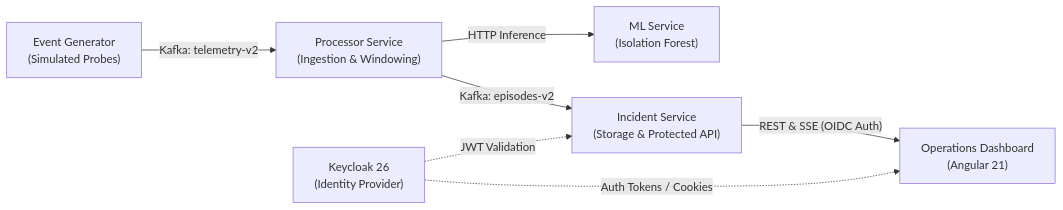
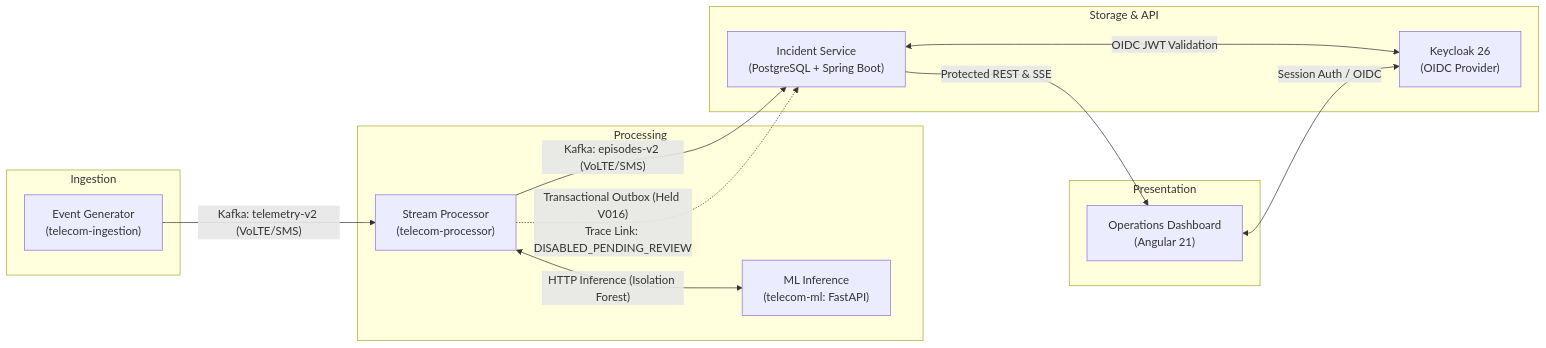
One commit to denis2224-dev/Telecom-Anomaly-Detection changed the diagram in docs/architecture/README.md. Above: the diagram before and after it, drawn with Mermaid. The commit also changed other lines of this file and 11 other files, not shown here.

First line of the commit message:
fix: restore teammate planning files, remove redundant documentation, and correct architecture claims

````diff
--- a/docs/architecture/README.md
+++ b/docs/architecture/README.md
@@ -11,9 +11,25 @@
 ```mermaid
 flowchart LR
-    A["Event Generator\n(Simulated Probes)"] -->|"Kafka: telemetry-v2"| B["Processor Service\n(Ingestion & Windowing)"]
-    B -->|"HTTP Inference"| C["ML Service\n(Isolation Forest)"]
-    B -->|"Kafka: episodes-v2"| D["Incident Service\n(Storage & Protected API)"]
-    D -->|"REST & SSE (OIDC Auth)"| E["Operations Dashboard\n(Angular 21)"]
-    F["Keycloak 26\n(Identity Provider)"] -.->|"Auth Tokens / Cookies"| E
-    F -.->|"JWT Validation"| D
+    subgraph Ingestion
+        A["Event Generator\n(telecom-ingestion)"]
+    end
+    subgraph Processing
+        B["Stream Processor\n(telecom-processor)"]
+        C["ML Inference\n(telecom-ml: FastAPI)"]
+    end
+    subgraph Storage & API
+        D["Incident Service\n(PostgreSQL + Spring Boot)"]
+        E["Keycloak 26\n(OIDC Provider)"]
+    end
+    subgraph Presentation
+        F["Operations Dashboard\n(Angular 21)"]
+    end
+
+    A -->|"Kafka: telemetry-v2 (VoLTE/SMS)"| B
+    B <-->|"HTTP Inference (Isolation Forest)"| C
+    B -->|"Kafka: episodes-v2 (VoLTE/SMS)"| D
+    B -.->|"Transactional Outbox (Held V016)\nTrace Link: DISABLED_PENDING_REVIEW"| D
+    D <-->|"OIDC JWT Validation"| E
+    F <-->|"Session Auth / OIDC"| E
+    D -->|"Protected REST & SSE"| F
 ```
````
